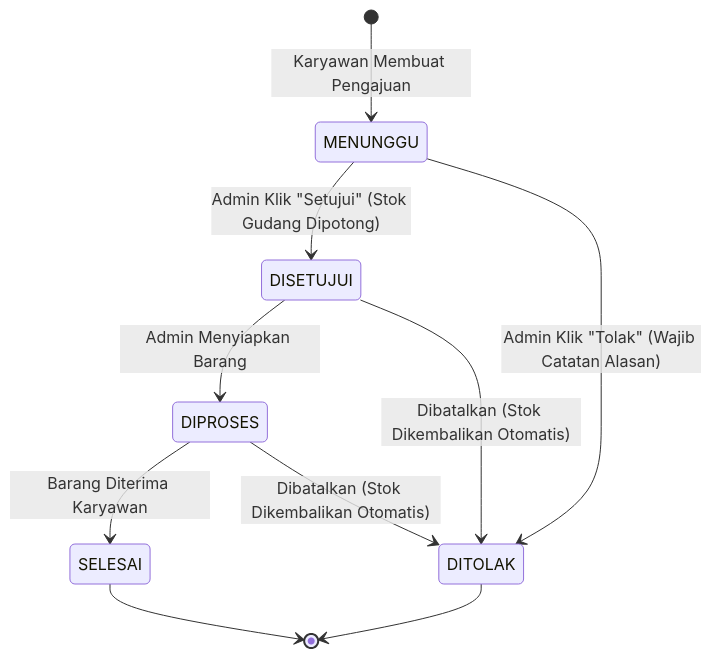
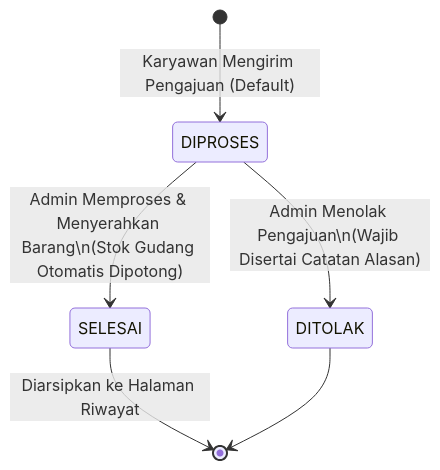
Before and after one commit to MuhammadArif-bin1/Pengajuan-ATK: the second of 2 diagrams in doc/arsitektur.md, drawn with Mermaid. The commit also changed other lines of this file and 24 other files, not shown here.

Commit message:
feat(refactor): complete system audit and 4-phase clean architecture refactoring

````diff
--- a/doc/arsitektur.md
+++ b/doc/arsitektur.md
@@ -142,16 +154,10 @@
 ```mermaid
 stateDiagram-v2
-    [*] --> MENUNGGU: Karyawan Membuat Pengajuan
+    [*] --> DIPROSES : Karyawan Mengirim Pengajuan (Default)
+    
+    DIPROSES --> SELESAI : Admin Memproses & Menyerahkan Barang\n(Stok Gudang Otomatis Dipotong)
+    DIPROSES --> DITOLAK : Admin Menolak Pengajuan\n(Wajib Disertai Catatan Alasan)
 
-    MENUNGGU --> DISETUJUI: Admin Klik "Setujui" (Stok Gudang Dipotong)
-    MENUNGGU --> DITOLAK: Admin Klik "Tolak" (Wajib Catatan Alasan)
-
-    DISETUJUI --> DIPROSES: Admin Menyiapkan Barang
-    DISETUJUI --> DITOLAK: Dibatalkan (Stok Dikembalikan Otomatis)
-    
-    DIPROSES --> SELESAI: Barang Diterima Karyawan
-    DIPROSES --> DITOLAK: Dibatalkan (Stok Dikembalikan Otomatis)
-
-    SELESAI --> [*]
+    SELESAI --> [*] : Diarsipkan ke Halaman Riwayat
     DITOLAK --> [*]
 ```
````
